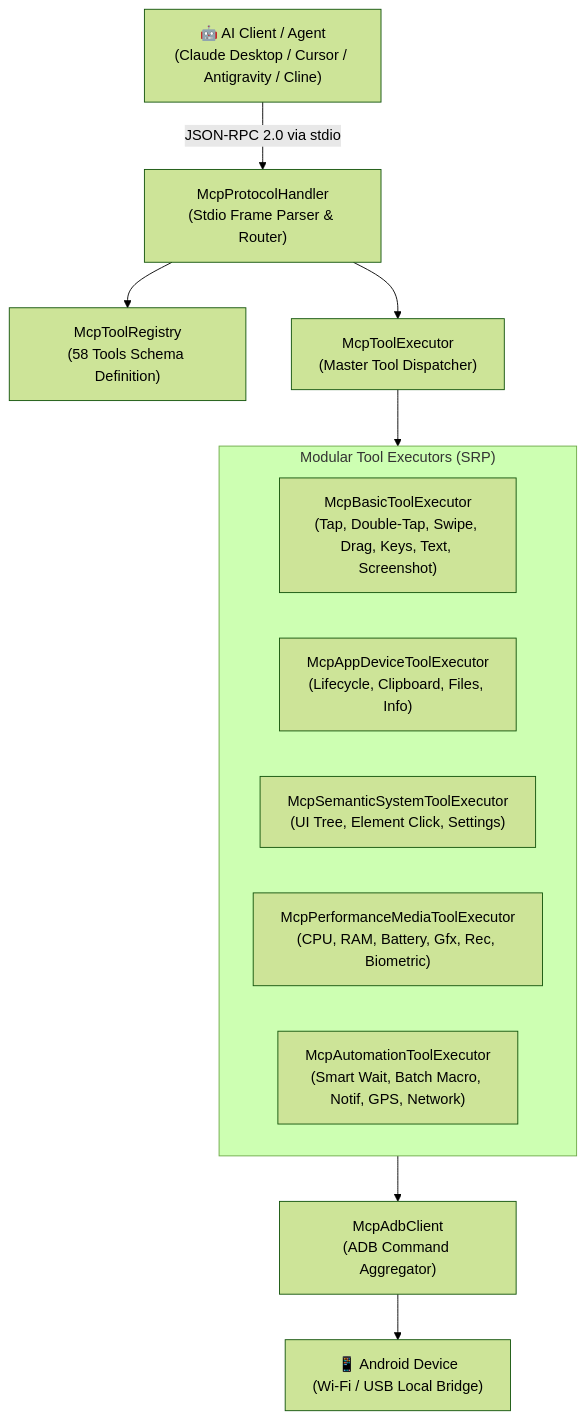
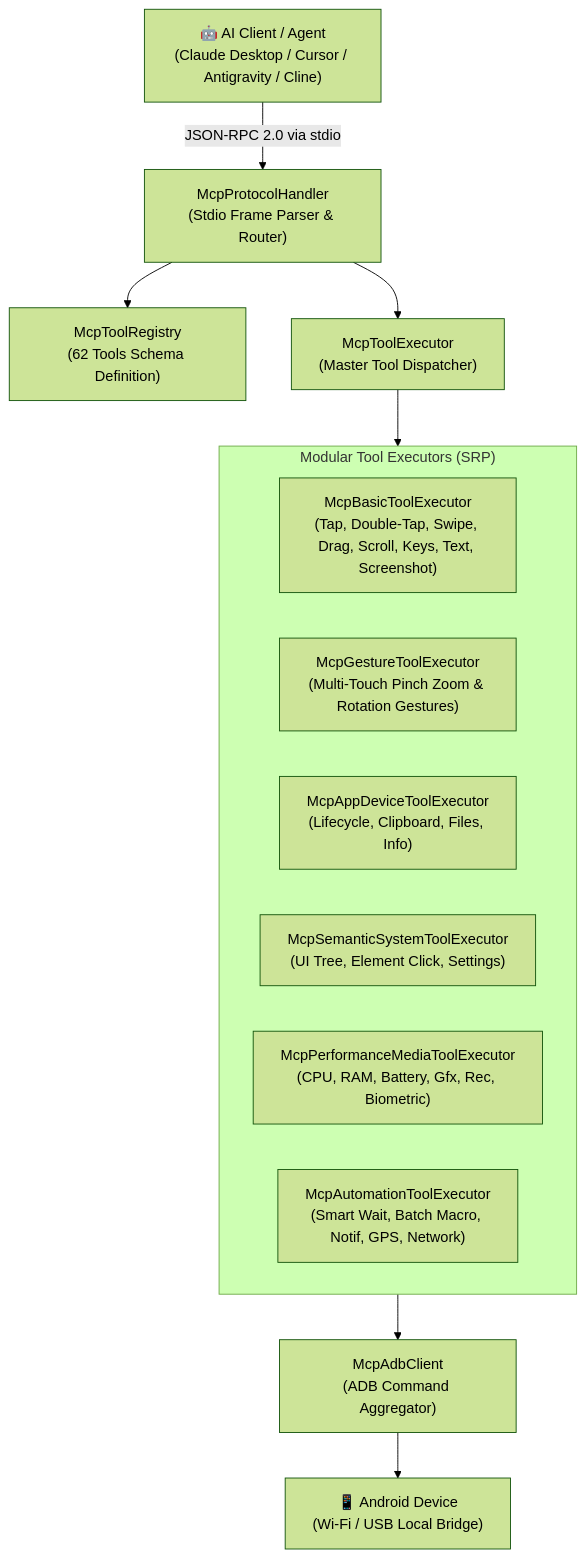
The diagram in docs/features/mcp-ai-agent-server.md (az-coder-123/azdroid), drawn with Mermaid (forest theme) before and after one commit. The commit also changed other lines of this file and 15 other files, not shown here.

Commit message:
feat(mcp): add android_scroll and modularize compound batch action compiler

````diff
--- a/docs/features/mcp-ai-agent-server.md
+++ b/docs/features/mcp-ai-agent-server.md
@@ -18,18 +18,19 @@
 ```mermaid
 flowchart TD
     AI["🤖 AI Client / Agent\n(Claude Desktop / Cursor / Antigravity / Cline)"] -->|JSON-RPC 2.0 via stdio| Handler["McpProtocolHandler\n(Stdio Frame Parser & Router)"]
-    Handler --> Registry["McpToolRegistry\n(58 Tools Schema Definition)"]
+    Handler --> Registry["McpToolRegistry\n(62 Tools Schema Definition)"]
     Handler --> Executor["McpToolExecutor\n(Master Tool Dispatcher)"]
 
     subgraph SubExecutors ["Modular Tool Executors (SRP)"]
-        E1["McpBasicToolExecutor\n(Tap, Double-Tap, Swipe, Drag, Keys, Text, Screenshot)"]
-        E2["McpAppDeviceToolExecutor\n(Lifecycle, Clipboard, Files, Info)"]
-        E3["McpSemanticSystemToolExecutor\n(UI Tree, Element Click, Settings)"]
-        E4["McpPerformanceMediaToolExecutor\n(CPU, RAM, Battery, Gfx, Rec, Biometric)"]
-        E5["McpAutomationToolExecutor\n(Smart Wait, Batch Macro, Notif, GPS, Network)"]
+        E1["McpBasicToolExecutor\n(Tap, Double-Tap, Swipe, Drag, Scroll, Keys, Text, Screenshot)"]
+        E2["McpGestureToolExecutor\n(Multi-Touch Pinch Zoom & Rotation Gestures)"]
+        E3["McpAppDeviceToolExecutor\n(Lifecycle, Clipboard, Files, Info)"]
+        E4["McpSemanticSystemToolExecutor\n(UI Tree, Element Click, Settings)"]
+        E5["McpPerformanceMediaToolExecutor\n(CPU, RAM, Battery, Gfx, Rec, Biometric)"]
+        E6["McpAutomationToolExecutor\n(Smart Wait, Batch Macro, Notif, GPS, Network)"]
     end
 
     Executor --> SubExecutors
     SubExecutors --> Client["McpAdbClient\n(ADB Command Aggregator)"]
     Client --> Phone["📱 Android Device\n(Wi-Fi / USB Local Bridge)"]
 ```
````
